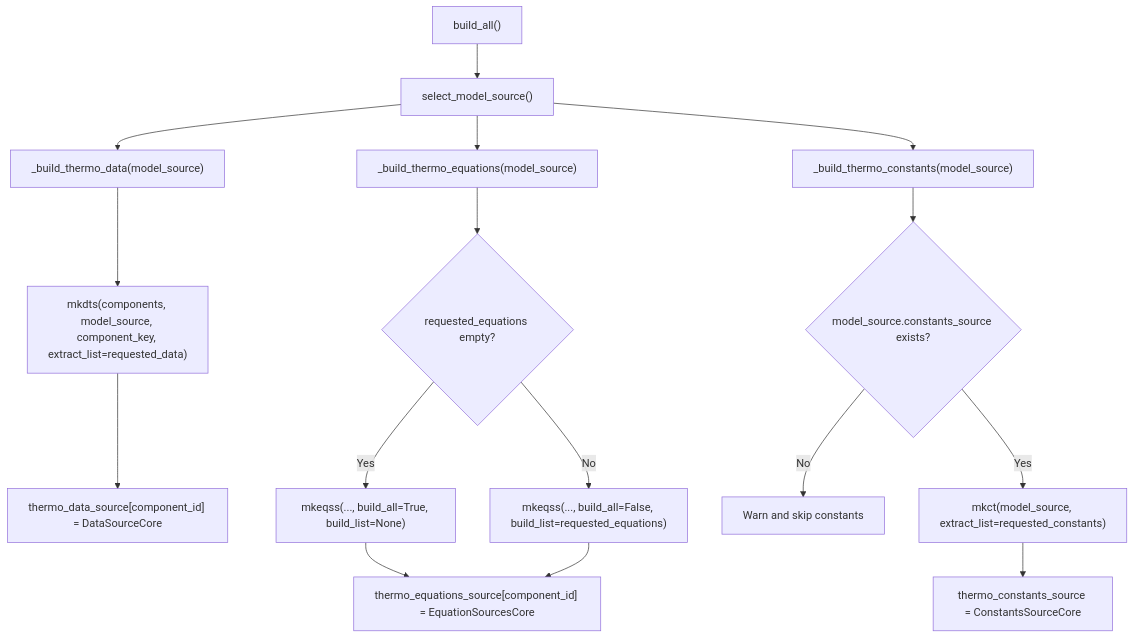
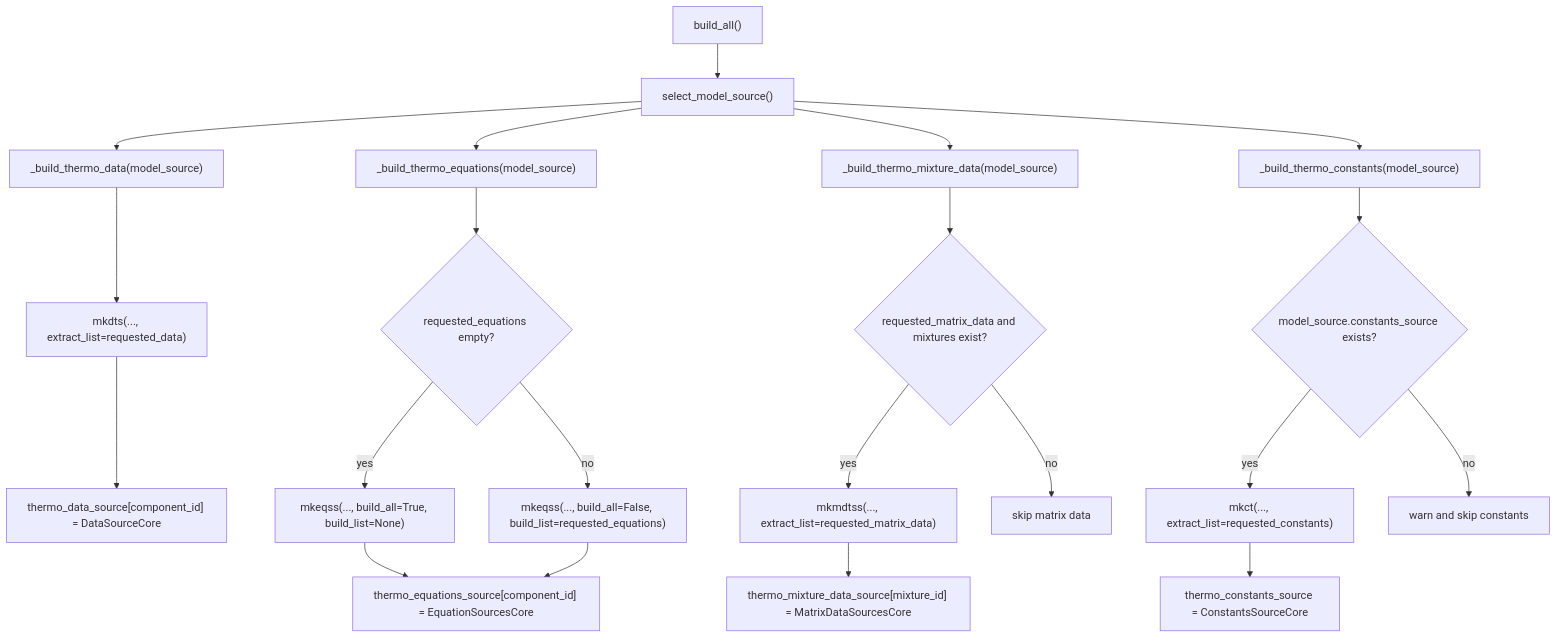
Before and after one commit to sinagilassi/PyThermoLinkDB: the fourth of 4 diagrams in diagrams/ThermoModelSource.md, drawn with Mermaid. The commit also changed other lines of this file, not shown here.

Commit message:
Refactor ThermoModelSource documentation to clarify builder layer and relationships between components, mixtures, and constants

````diff
--- a/diagrams/ThermoModelSource.md
+++ b/diagrams/ThermoModelSource.md
@@ -131,21 +264,27 @@
 ```mermaid
 flowchart TD
     A["build_all()"] --> B["select_model_source()"]
     B --> C["_build_thermo_data(model_source)"]
     B --> D["_build_thermo_equations(model_source)"]
-    B --> E["_build_thermo_constants(model_source)"]
+    B --> E["_build_thermo_mixture_data(model_source)"]
+    B --> F["_build_thermo_constants(model_source)"]
 
-    C --> C1["mkdts(components, model_source, component_key, extract_list=requested_data)"]
+    C --> C1["mkdts(..., extract_list=requested_data)"]
     C1 --> C2["thermo_data_source[component_id] = DataSourceCore"]
 
     D --> D1{"requested_equations empty?"}
-    D1 -->|Yes| D2["mkeqss(..., build_all=True, build_list=None)"]
-    D1 -->|No| D3["mkeqss(..., build_all=False, build_list=requested_equations)"]
+    D1 -->|yes| D2["mkeqss(..., build_all=True, build_list=None)"]
+    D1 -->|no| D3["mkeqss(..., build_all=False, build_list=requested_equations)"]
     D2 --> D4["thermo_equations_source[component_id] = EquationSourcesCore"]
     D3 --> D4
 
-    E --> E1{"model_source.constants_source exists?"}
-    E1 -->|No| E2["Warn and skip constants"]
-    E1 -->|Yes| E3["mkct(model_source, extract_list=requested_constants)"]
-    E3 --> E4["thermo_constants_source = ConstantsSourceCore"]
+    E --> E1{"requested_matrix_data and mixtures exist?"}
+    E1 -->|yes| E2["mkmdtss(..., extract_list=requested_matrix_data)"]
+    E1 -->|no| E3["skip matrix data"]
+    E2 --> E4["thermo_mixture_data_source[mixture_id] = MatrixDataSourcesCore"]
+
+    F --> F1{"model_source.constants_source exists?"}
+    F1 -->|yes| F2["mkct(..., extract_list=requested_constants)"]
+    F1 -->|no| F3["warn and skip constants"]
+    F2 --> F4["thermo_constants_source = ConstantsSourceCore"]
 ```
````
